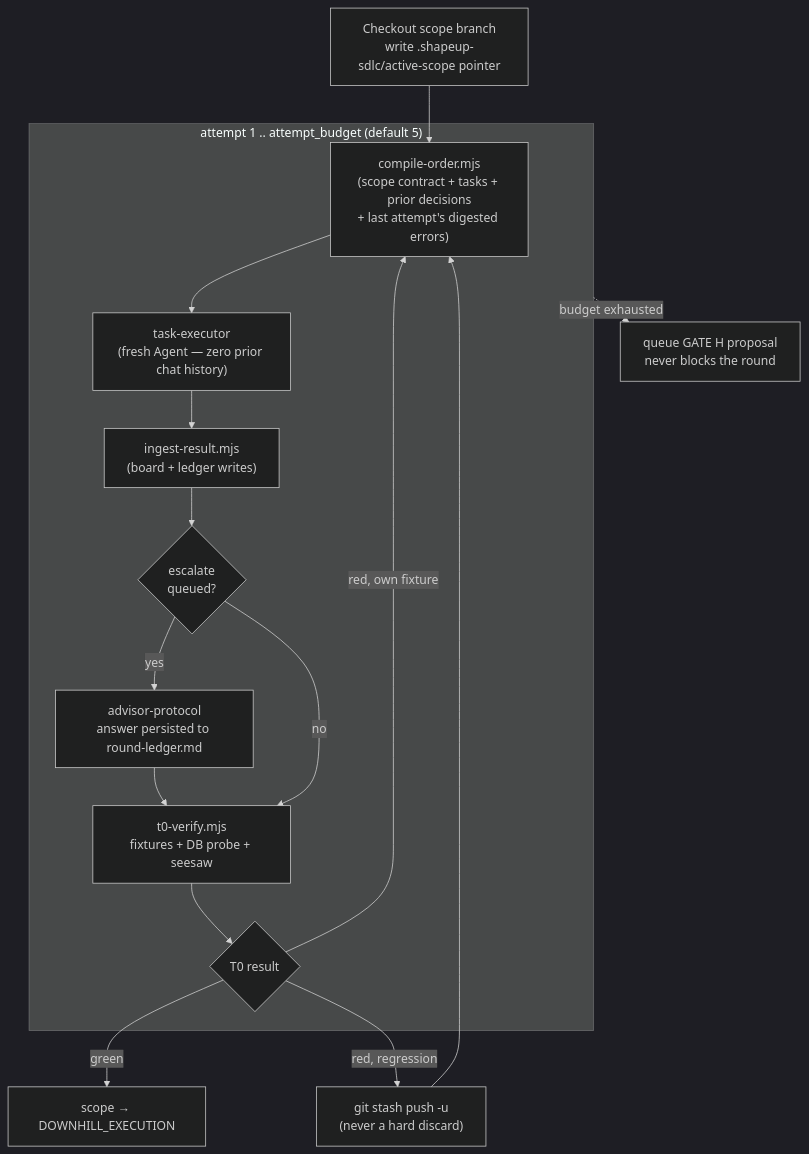
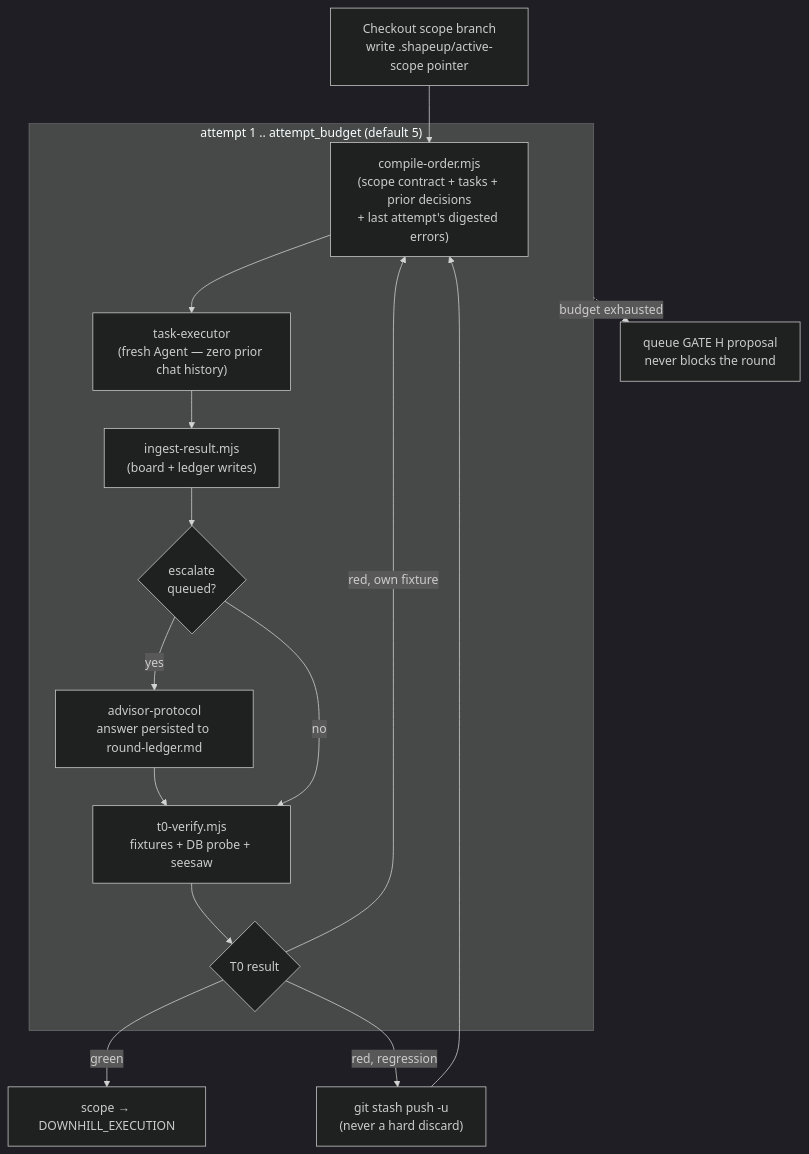
One commit to nguyenvanphituoc/shapeup-sdlc-plugin changed the diagram in docs/design/04-functional-design.md. Above: the diagram before and after it, drawn with Mermaid (dark theme). The commit also changed other lines of this file and 162 other files, not shown here.

````diff
--- a/docs/design/04-functional-design.md
+++ b/docs/design/04-functional-design.md
@@ -28,17 +28,17 @@
 ```mermaid
 flowchart TD
-    S0["Checkout scope branch\nwrite .shapeup-sdlc/active-scope pointer"] --> A1
+    S0["Checkout scope branch\nwrite .shapeup/active-scope pointer"] --> A1
     subgraph LOOP["attempt 1 .. attempt_budget (default 5)"]
       A1["compile-order.mjs\n(scope contract + tasks + prior decisions\n+ last attempt's digested errors)"] --> A2["task-executor\n(fresh Agent — zero prior chat history)"]
       A2 --> A3["ingest-result.mjs\n(board + ledger writes)"]
       A3 --> A4{"escalate\nqueued?"}
       A4 -- yes --> A5["advisor-protocol\nanswer persisted to round-ledger.md"]
       A5 --> A6
       A4 -- no --> A6["t0-verify.mjs\nfixtures + DB probe + seesaw"]
       A6 --> A7{"T0 result"}
     end
     A7 -- green --> DONE["scope → DOWNHILL_EXECUTION"]
     A7 -- "red, regression" --> STASH["git stash push -u\n(never a hard discard)"] --> A1
     A7 -- "red, own fixture" --> A1
     LOOP -. budget exhausted .-> HAMMER["queue GATE H proposal\nnever blocks the round"]
 ```
````
